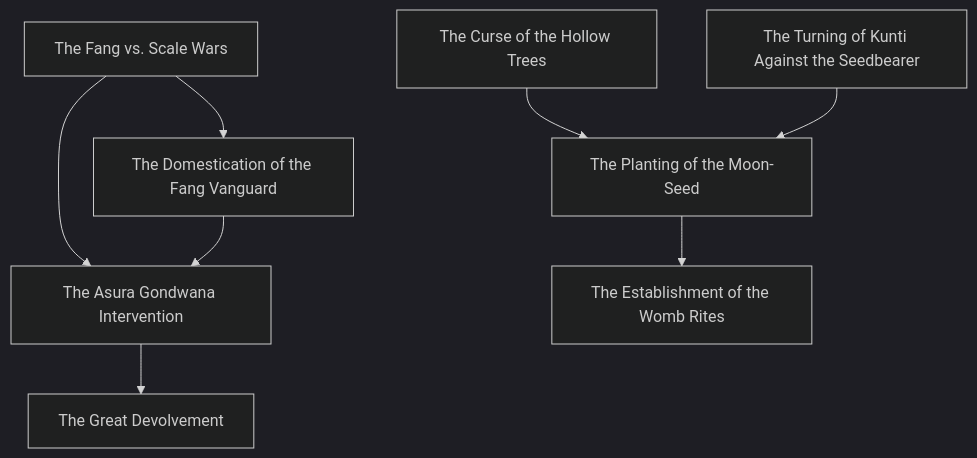
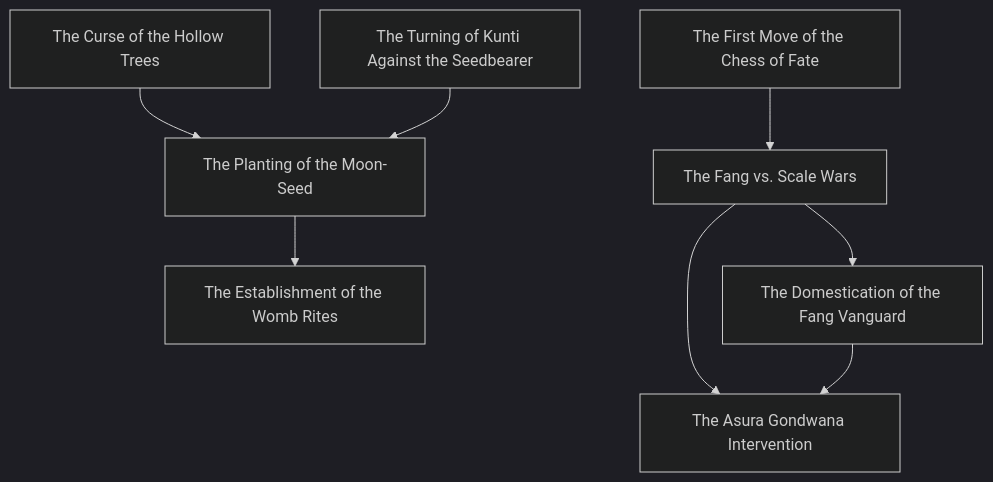
The first of 6 diagrams in docs/atlas.md (lordlebu/SouthOfTethys), drawn with Mermaid (dark theme) before and after one commit. The commit also changed other lines of this file and 47 other files, not shown here.

````diff
--- a/docs/atlas.md
+++ b/docs/atlas.md
@@ -30,18 +30,18 @@
 ```mermaid
 graph TD
     E0["The Curse of the Hollow Trees"]
-    E1["The Fang vs. Scale Wars"]
-    E2["The Domestication of the Fang Vanguard"]
-    E3["The Asura Gondwana Intervention"]
-    E4["The Great Devolvement"]
-    E5["The Turning of Kunti Against the Seedbearer"]
-    E6["The Planting of the Moon-Seed"]
-    E7["The Establishment of the Womb Rites"]
-    E0 --> E6
-    E1 --> E3
+    E1["The Turning of Kunti Against the Seedbearer"]
+    E2["The Planting of the Moon-Seed"]
+    E3["The Establishment of the Womb Rites"]
+    E4["The First Move of the Chess of Fate"]
+    E5["The Fang vs. Scale Wars"]
+    E6["The Domestication of the Fang Vanguard"]
+    E7["The Asura Gondwana Intervention"]
+    E0 --> E2
     E1 --> E2
     E2 --> E3
-    E3 --> E4
+    E4 --> E5
+    E5 --> E7
     E5 --> E6
     E6 --> E7
 ```
````
